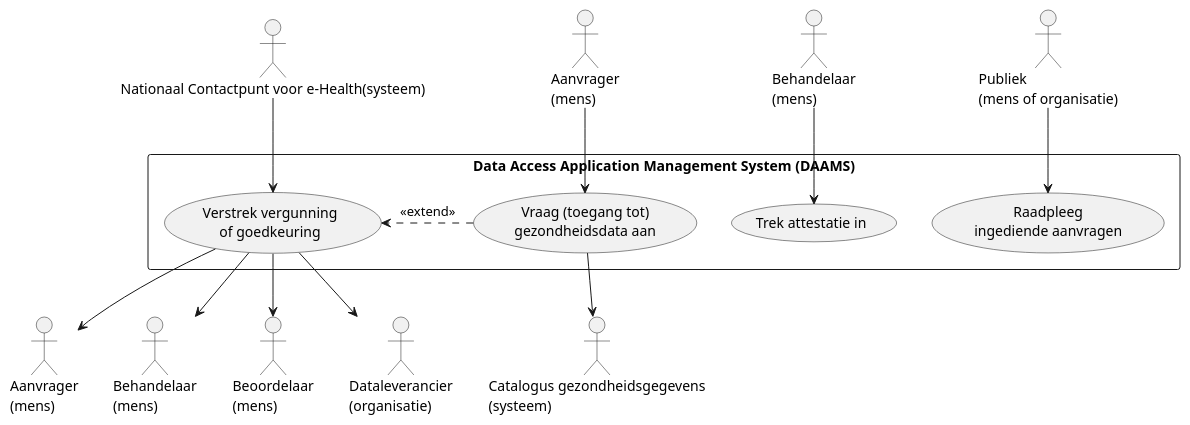
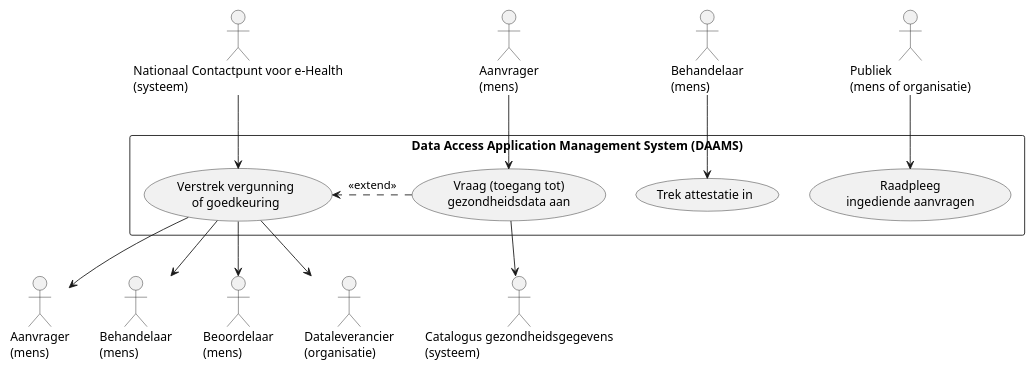
Before and after one commit to Health-RI/data-station-specification: the first of 2 diagrams in docs/proces/aanvragen.md, drawn with PlantUML. The commit also changed other lines of this file and 5 other files, not shown here.

````diff
--- a/docs/proces/aanvragen.md
+++ b/docs/proces/aanvragen.md
@@ -26,35 +26,36 @@
 ```puml
 @startuml
+scale max 1024 width
 
-actor "Nationaal Contactpunt voor e-Health(systeem)" as MSB
+actor "Nationaal Contactpunt voor e-Health\n(systeem)" as MSB
 actor "Aanvrager\n(mens)" as HDA_I
 actor "Aanvrager\n(mens)" as HDA_O
 actor "Behandelaar\n(mens)" as AC_I
 actor "Behandelaar\n(mens)" as AC_O
 actor "Beoordelaar\n(mens)" as AA
 actor "Dataleverancier\n(organisatie)" as DL
 actor "Catalogus gezondheidsgegevens\n(systeem)" as DC
 actor "Publiek\n(mens of organisatie)" as P
 
 rectangle "Data Access Application Management System (DAAMS)" {
   usecase "Vraag (toegang tot)\ngezondheidsdata aan" as UC1
   usecase "Verstrek vergunning\nof goedkeuring" as UC2
   usecase "Trek attestatie in" as UC3
   usecase "Raadpleeg\ningediende aanvragen" as UC4
 }
 
 HDA_I --> UC1
 MSB --> UC2
 AC_I --> UC3
 P --> UC4
 
 UC1 --> DC
 UC2 --> DL
 UC2 --> AC_O
 UC2 --> AA
 UC2 --> HDA_O
 
 UC1 .> UC2 : << extend >>
 
 @enduml
 ```
````
